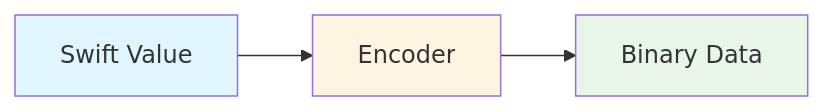
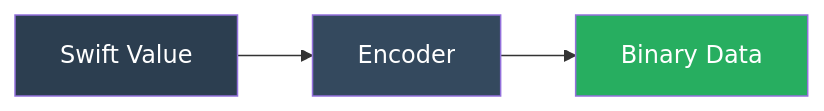
Before and after one commit to Mikedan37/BlazeBinary: the second of 8 diagrams in Docs/ARCHITECTURE.md, drawn with Mermaid. The commit also changed other lines of this file and 11 other files, not shown here.

First line of the commit message:
Improve Mermaid diagrams and code display formatting

````diff
--- a/Docs/ARCHITECTURE.md
+++ b/Docs/ARCHITECTURE.md
@@ -43,8 +43,8 @@
 ```mermaid
 graph LR
     A[Swift Value] --> B[Encoder] --> C[Binary Data]
     
-    style A fill:#e1f5ff
-    style B fill:#fff4e1
-    style C fill:#e8f5e9
+    style A fill:#2c3e50,color:#ffffff
+    style B fill:#34495e,color:#ffffff
+    style C fill:#27ae60,color:#ffffff
 ```
````
